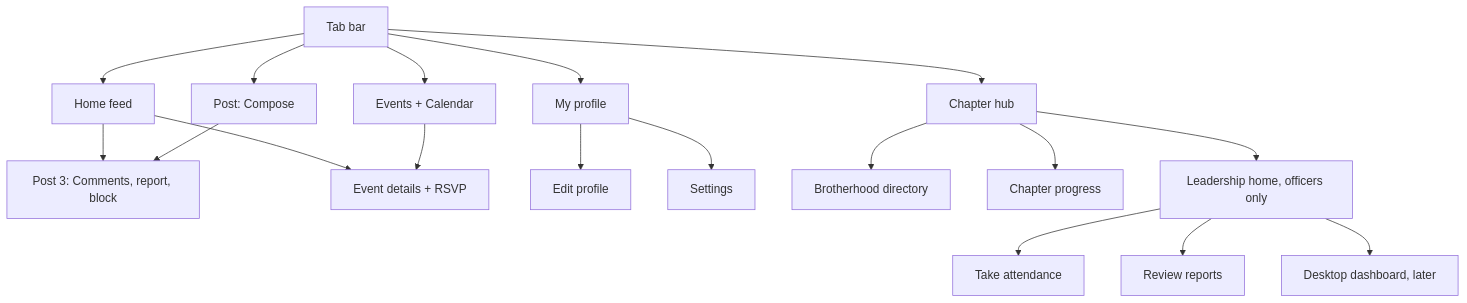
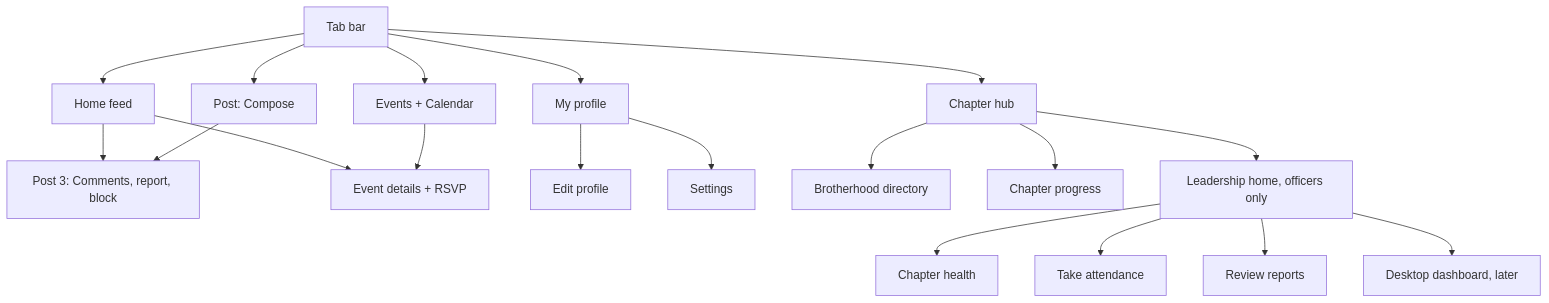
Before and after one commit to TitusNeyland/SigmaSigmaLambdaConnect: the diagram in docs/screens.md, drawn with Mermaid. The commit also changed other lines of this file and 19 other files, not shown here.

First line of the commit message:
Add a Chapter health dashboard for officers (#122)

````diff
--- a/docs/screens.md
+++ b/docs/screens.md
@@ -9,20 +9,21 @@
 ```mermaid
 flowchart TD
 Tabs[Tab bar] --> Home[Home feed]
 Tabs --> Events[Events + Calendar]
 Tabs --> Compose[Post: Compose]
 Tabs --> Chapter[Chapter hub]
 Tabs --> Profile[My profile]
 Home --> PostDetail[Post 3: Comments, report, block]
 Home --> EventDetail[Event details + RSVP]
 Events --> EventDetail
 Compose --> PostDetail
 Profile --> EditProfile[Edit profile]
 Profile --> Settings[Settings]
 Chapter --> Directory[Brotherhood directory]
 Chapter --> Goals[Chapter progress]
 Chapter --> Leader[Leadership home, officers only]
+Leader --> Health[Chapter health]
 Leader --> Attendance[Take attendance]
 Leader --> Reports[Review reports]
 Leader --> Desktop[Desktop dashboard, later]
 ```
````
